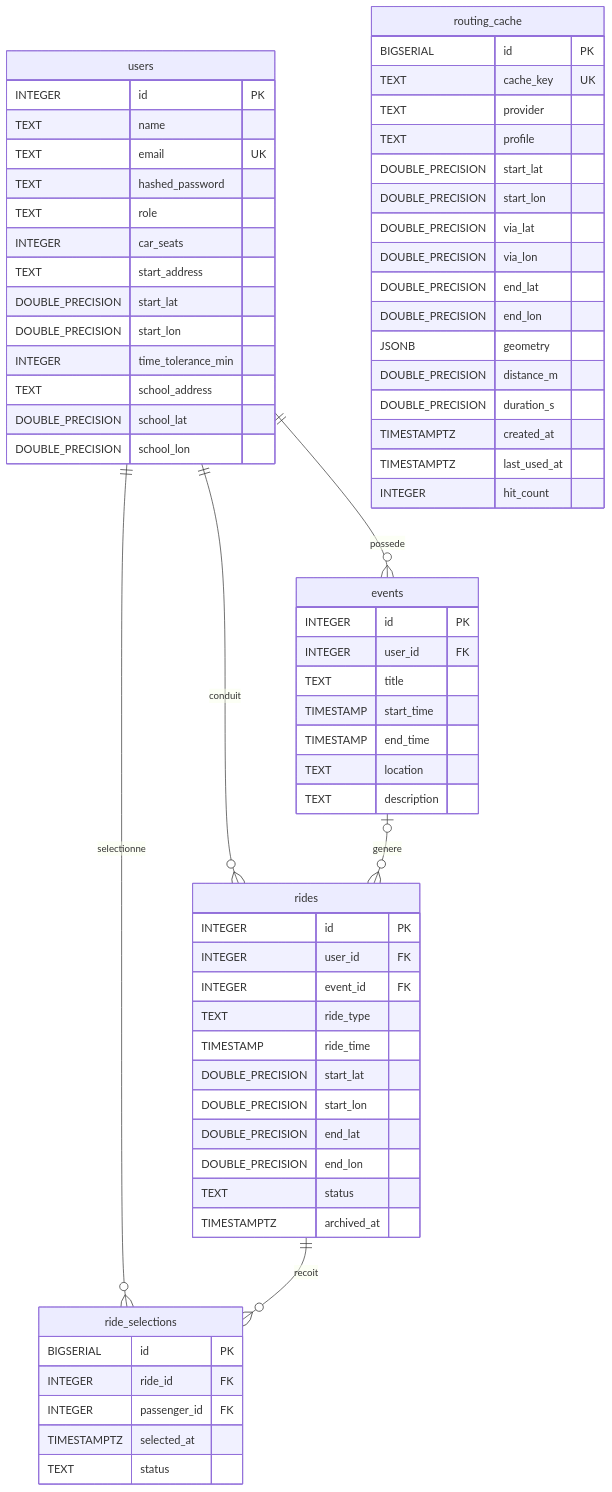
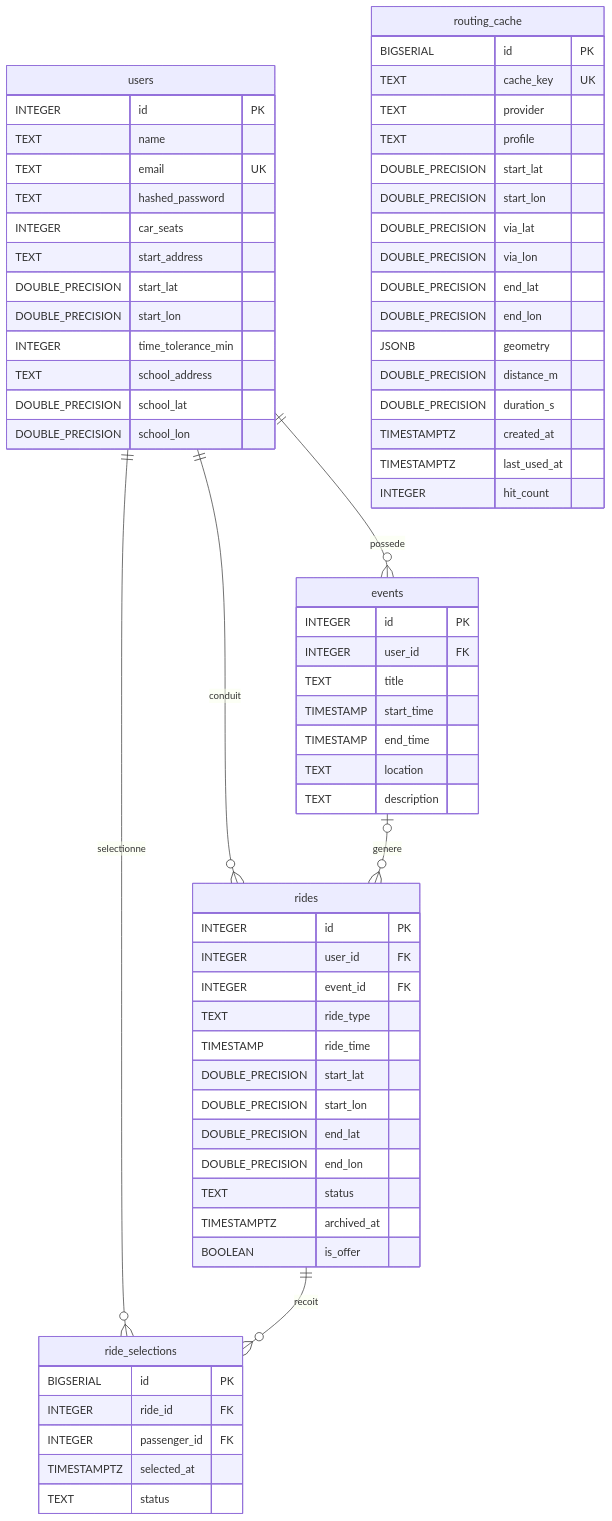
One commit to NaelFares/CNAM-I2-Project changed the diagram in doc/DATABASE_SCHEMA.md. Above: the diagram before and after it, drawn with Mermaid. The commit also changed other lines of this file and 29 other files, not shown here.

````diff
--- a/doc/DATABASE_SCHEMA.md
+++ b/doc/DATABASE_SCHEMA.md
@@ -14,75 +16,75 @@
 ```mermaid
 erDiagram
     users ||--o{ events : possede
     users ||--o{ rides : conduit
     events o|--o{ rides : genere
     users ||--o{ ride_selections : selectionne
     rides ||--o{ ride_selections : recoit
 
     users {
         INTEGER id PK
         TEXT name
         TEXT email UK
         TEXT hashed_password
-        TEXT role
         INTEGER car_seats
         TEXT start_address
         DOUBLE_PRECISION start_lat
         DOUBLE_PRECISION start_lon
         INTEGER time_tolerance_min
         TEXT school_address
         DOUBLE_PRECISION school_lat
         DOUBLE_PRECISION school_lon
     }
 
     events {
         INTEGER id PK
         INTEGER user_id FK
         TEXT title
         TIMESTAMP start_time
         TIMESTAMP end_time
         TEXT location
         TEXT description
     }
 
     rides {
         INTEGER id PK
         INTEGER user_id FK
         INTEGER event_id FK
         TEXT ride_type
         TIMESTAMP ride_time
         DOUBLE_PRECISION start_lat
         DOUBLE_PRECISION start_lon
         DOUBLE_PRECISION end_lat
         DOUBLE_PRECISION end_lon
         TEXT status
         TIMESTAMPTZ archived_at
+        BOOLEAN is_offer
     }
 
     ride_selections {
         BIGSERIAL id PK
         INTEGER ride_id FK
         INTEGER passenger_id FK
         TIMESTAMPTZ selected_at
         TEXT status
     }
 
     routing_cache {
         BIGSERIAL id PK
         TEXT cache_key UK
         TEXT provider
         TEXT profile
         DOUBLE_PRECISION start_lat
         DOUBLE_PRECISION start_lon
         DOUBLE_PRECISION via_lat
         DOUBLE_PRECISION via_lon
         DOUBLE_PRECISION end_lat
         DOUBLE_PRECISION end_lon
         JSONB geometry
         DOUBLE_PRECISION distance_m
         DOUBLE_PRECISION duration_s
         TIMESTAMPTZ created_at
         TIMESTAMPTZ last_used_at
         INTEGER hit_count
     }
 ```
````
